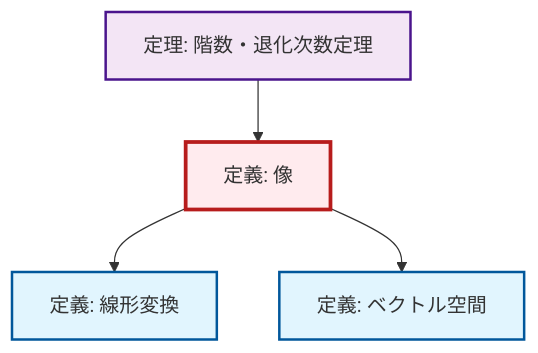
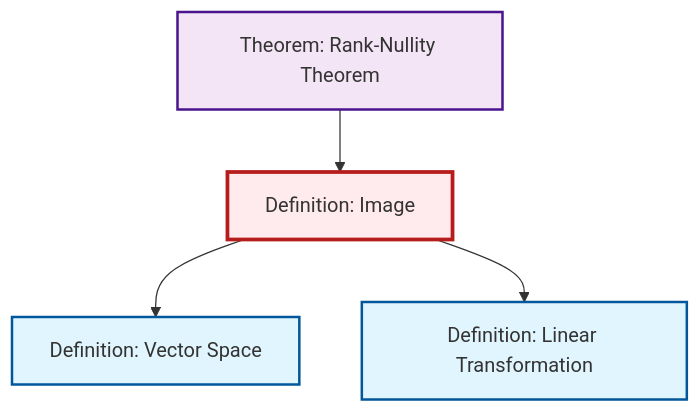
Before and after one commit to RK0429/ModernMath: the diagram in content/ja/algebra/def-image.qmd, drawn with Mermaid. The commit also changed 203 other files, not shown here.

````diff
--- a/content/ja/algebra/def-image.qmd
+++ b/content/ja/algebra/def-image.qmd
@@ -55,21 +55,17 @@
 ```{mermaid}
-%%| fig-cap: "局所依存関係グラフ"
+%%| fig-cap: "Local dependency graph"
 graph TD
     classDef definition fill:#e1f5fe,stroke:#01579b,stroke-width:2px
     classDef theorem fill:#f3e5f5,stroke:#4a148c,stroke-width:2px
     classDef axiom fill:#fff3e0,stroke:#e65100,stroke-width:2px
     classDef example fill:#e8f5e9,stroke:#1b5e20,stroke-width:2px
     classDef current fill:#ffebee,stroke:#b71c1c,stroke-width:3px
-    def-vector-space["定義: ベクトル空間"]:::definition
-    def-image["定義: 像"]:::definition
-    thm-rank-nullity["定理: 階数・退化次数定理"]:::theorem
-    def-linear-transformation["定義: 線形変換"]:::definition
+    def-linear-transformation["Definition: Linear Transformation"]:::definition
+    def-image["Definition: Image"]:::definition
+    def-vector-space["Definition: Vector Space"]:::definition
+    thm-rank-nullity["Theorem: Rank-Nullity Theorem"]:::theorem
+    def-image --> def-vector-space
     def-image --> def-linear-transformation
-    def-image --> def-vector-space
     thm-rank-nullity --> def-image
     class def-image current
-
-    click def-vector-space "def-vector-space.html" "ベクトル空間の定義へ"
-    click thm-rank-nullity "thm-rank-nullity.html" "階数・退化次数定理の定理へ"
-    click def-linear-transformation "def-linear-transformation.html" "線形変換の定義へ"
 ```
````
